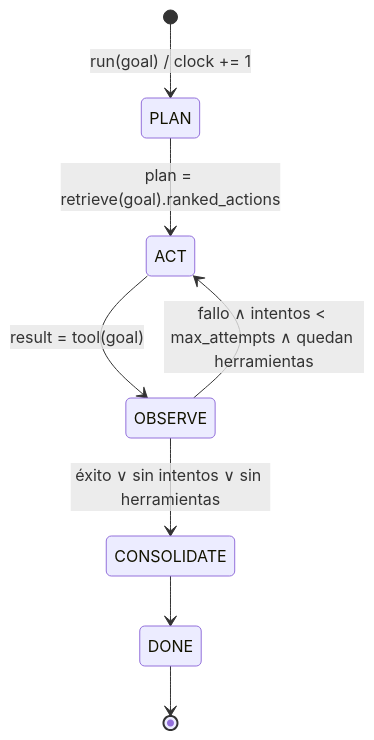
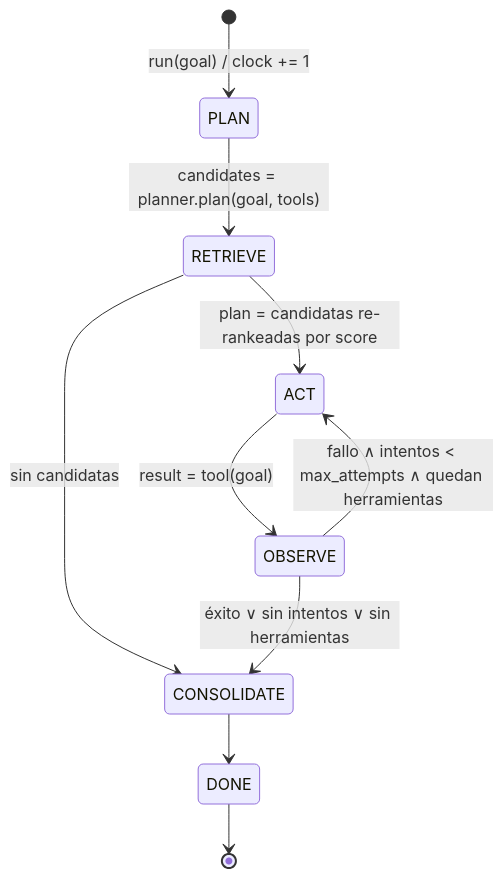
The diagram in specs/loop_protocol.md (cherrera0001/Agents_Learning_Loops), drawn with Mermaid before and after one commit. The commit also changed other lines of this file and 8 other files, not shown here.

````diff
--- a/specs/loop_protocol.md
+++ b/specs/loop_protocol.md
@@ -7,10 +7,12 @@
 ```mermaid
 stateDiagram-v2
     [*] --> PLAN: run(goal) / clock += 1
-    PLAN --> ACT: plan = retrieve(goal).ranked_actions
+    PLAN --> RETRIEVE: candidates = planner.plan(goal, tools)
+    RETRIEVE --> ACT: plan = candidatas re-rankeadas por score
+    RETRIEVE --> CONSOLIDATE: sin candidatas
     ACT --> OBSERVE: result = tool(goal)
     OBSERVE --> ACT: fallo ∧ intentos < max_attempts ∧ quedan herramientas
     OBSERVE --> CONSOLIDATE: éxito ∨ sin intentos ∨ sin herramientas
     CONSOLIDATE --> DONE
     DONE --> [*]
 ```
````
